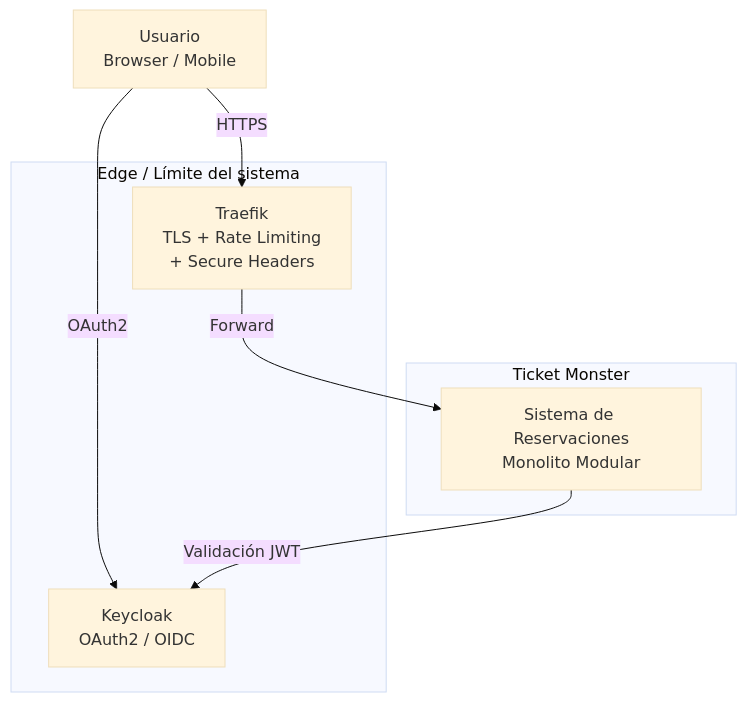
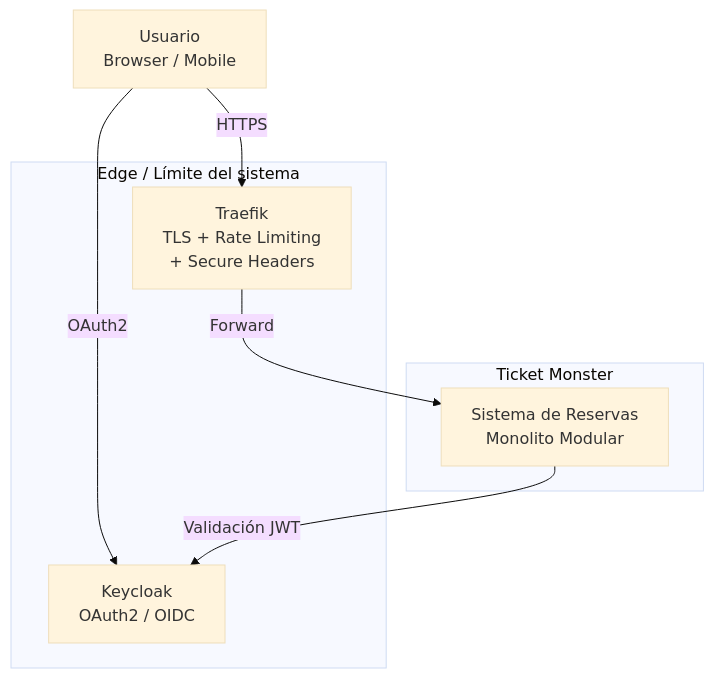
Before and after one commit to jrgavilanes/ticket-monster: the second of 15 diagrams in README.md, drawn with Mermaid (base theme). The commit also changed other lines of this file and 1 other file, not shown here.

Commit message:
docs: añadir guía de instalación y unificar terminología en README
- docs: crear INSTALLATION_GUIDE.md con instrucciones de instalación
  local (Docker Compose) y remota (K3s), uso del CLI frontend.sh y
  ejecución de tests unitarios y de carga k6
- docs(readme): cambiar "reservaciones" por "reservas" en título y
  diagrama C4 Nivel 1

````diff
--- a/README.md
+++ b/README.md
@@ -176,18 +176,18 @@
 ```mermaid
 graph TD
     User[Usuario<br/>Browser / Mobile]
 
     subgraph Edge["Edge / Límite del sistema"]
         Traefik[Traefik<br/>TLS + Rate Limiting<br/>+ Secure Headers]
         KC[Keycloak<br/>OAuth2 / OIDC]
     end
 
     subgraph Core["Ticket Monster"]
-        TM[Sistema de Reservaciones<br/>Monolito Modular]
+        TM[Sistema de Reservas<br/>Monolito Modular]
     end
 
     User -->|HTTPS| Traefik
     User -->|OAuth2| KC
     Traefik -->|Forward| TM
     TM -->|Validación JWT| KC
 ```
````
